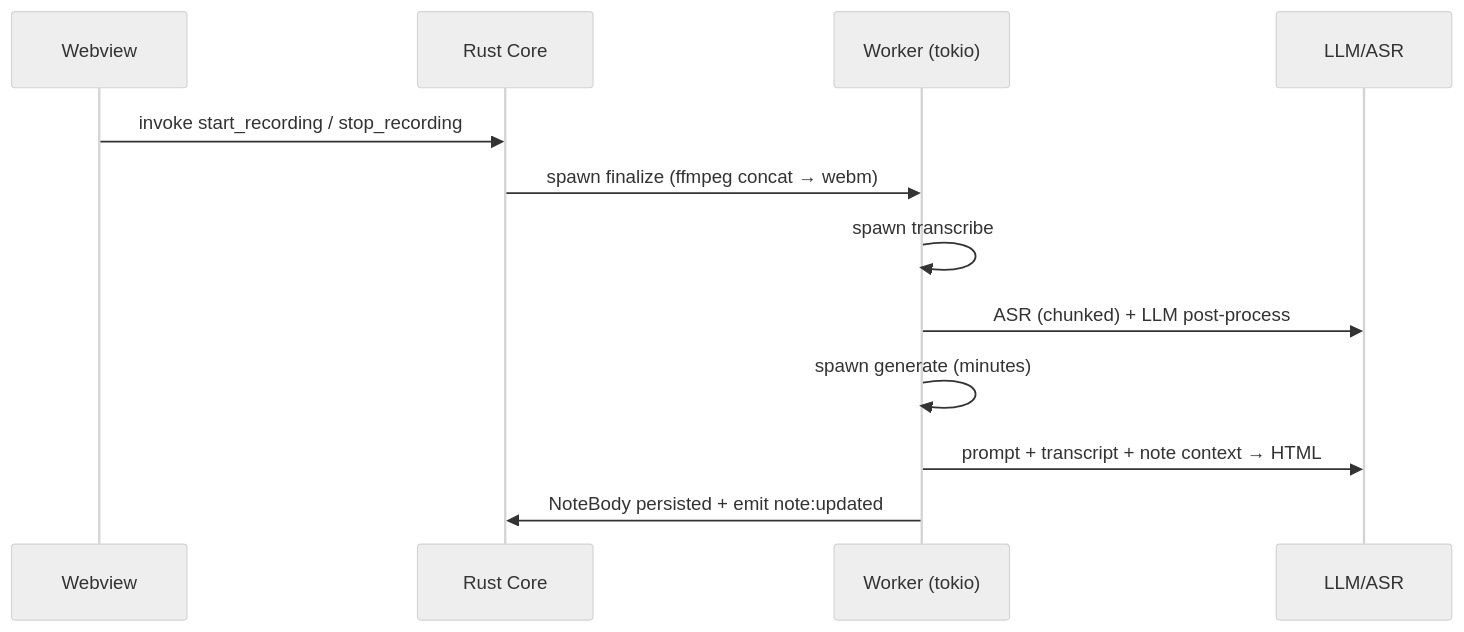
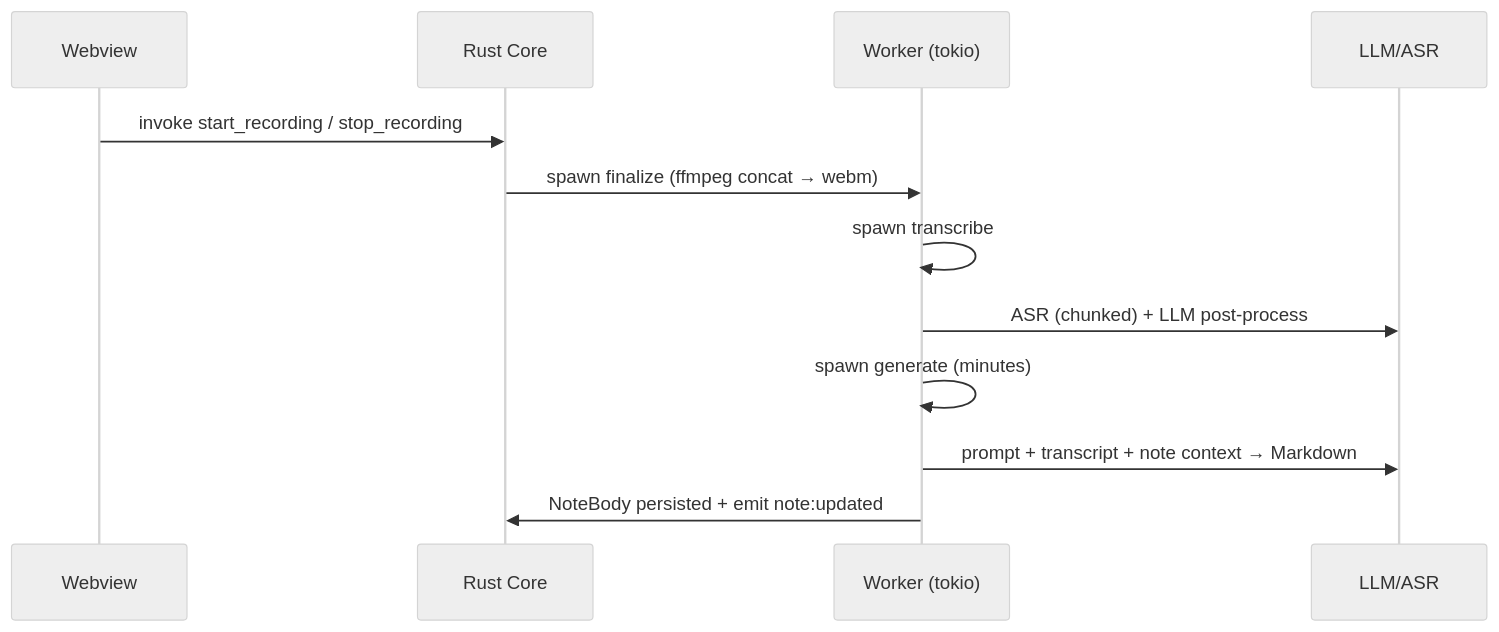
The third of 4 diagrams in docs/public/architecture.md (JunNyung-Hur/echo), drawn with Mermaid (neutral theme) before and after one commit. The commit also changed other lines of this file and 4 other files, not shown here.

First line of the commit message:
docs: sync README + public docs with the v0.0.3 agent architecture

````diff
--- a/docs/public/architecture.md
+++ b/docs/public/architecture.md
@@ -91,15 +91,15 @@
 ```mermaid
 sequenceDiagram
     participant UI as Webview
     participant Core as Rust Core
     participant W as Worker (tokio)
     participant AI as LLM/ASR
 
     UI->>Core: invoke start_recording / stop_recording
     Core->>W: spawn finalize (ffmpeg concat → webm)
     W->>W: spawn transcribe
     W->>AI: ASR (chunked) + LLM post-process
     W->>W: spawn generate (minutes)
-    W->>AI: prompt + transcript + note context → HTML
+    W->>AI: prompt + transcript + note context → Markdown
     W->>Core: NoteBody persisted + emit note:updated
 ```
````
